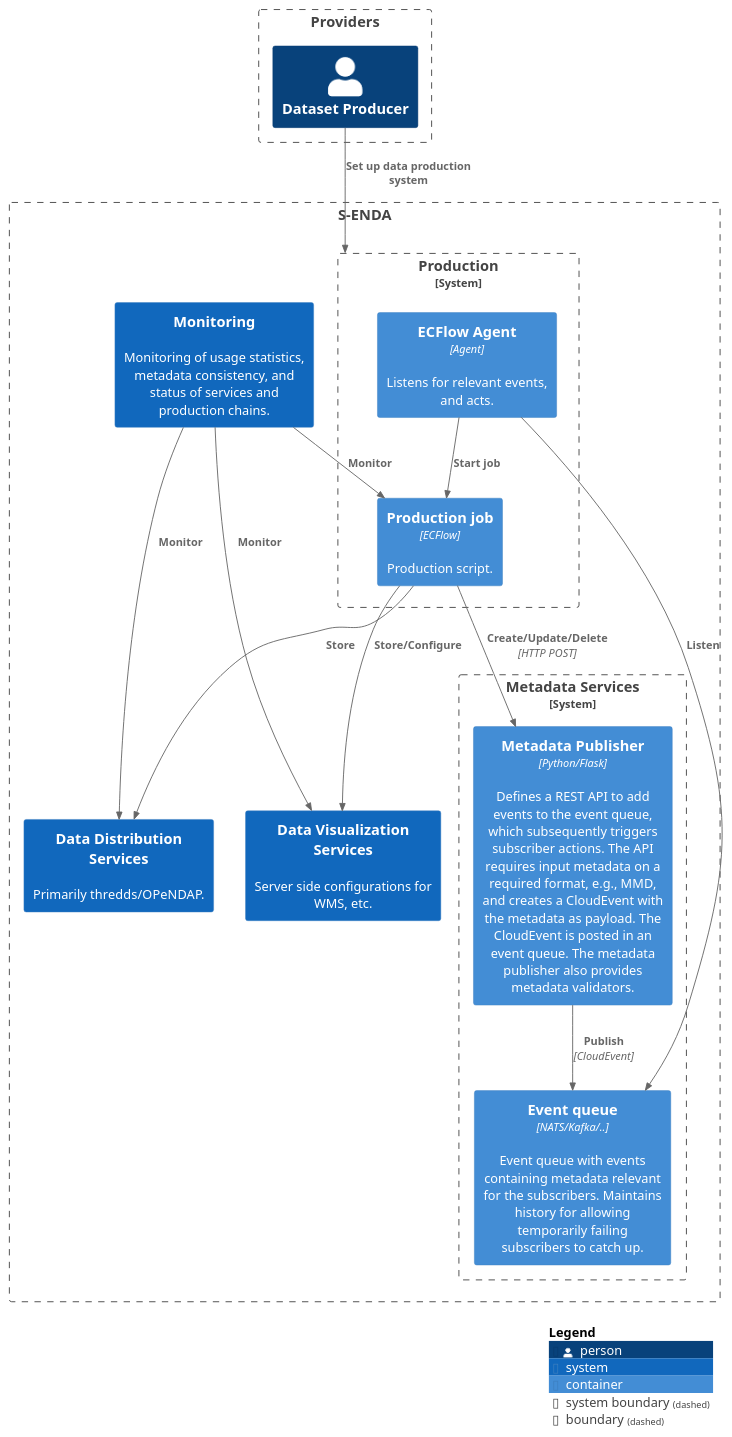
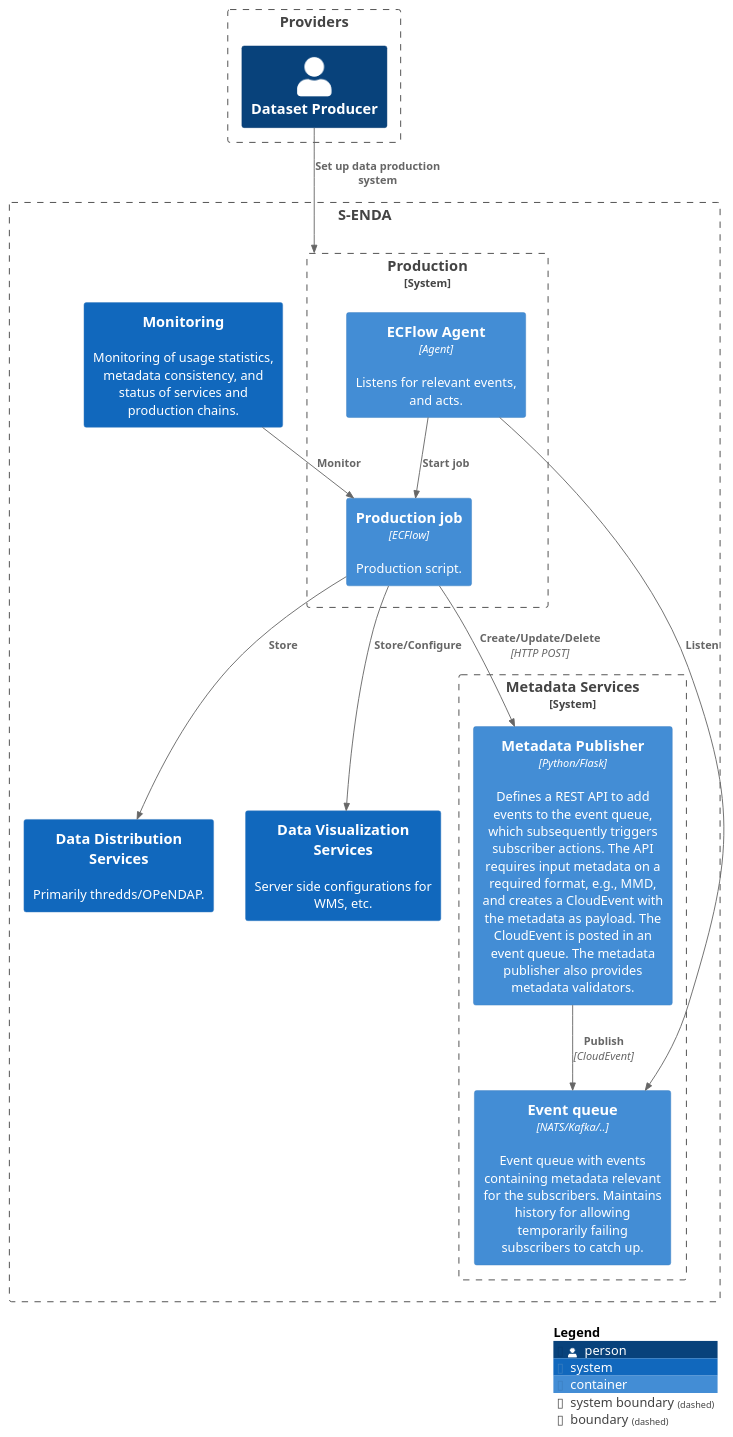
One commit to metno/S-ENDA-documentation changed the diagram in source/puml/architecture/S-ENDA-production-container-diagram.puml. Above: the diagram before and after it, drawn with PlantUML.

Commit message:
#294: minor cleaning

```diff
--- a/source/puml/architecture/S-ENDA-production-container-diagram.puml
+++ b/source/puml/architecture/S-ENDA-production-container-diagram.puml
@@ -1,63 +1,61 @@
 @startuml S-ENDA-production-container-diagram
 !include https://raw.githubusercontent.com/plantuml-stdlib/C4-PlantUML/master/C4_Container.puml
 
 LAYOUT_TOP_DOWN()
 
 Boundary(providers, "Providers") {
     Person(dataprovider, "Dataset Producer")
 }
 
 Boundary(systems, "S-ENDA") {
   System_Boundary(dmservice, "Metadata Services", "Defines a REST API to add events to an event queue, which subsequently triggers subscriber actions. The API requires input metadata on a required format, and provides metadata validators (e.g., for MMD). Also contains various storage and search solutions for discovery metadata."){
     Container(dmci, "Metadata Publisher", "Python/Flask", "Defines a REST API to add events to the event queue, which subsequently triggers subscriber actions. The API requires input metadata on a required format, e.g., MMD, and creates a CloudEvent with the metadata as payload. The CloudEvent is posted in an event queue. The metadata publisher also provides metadata validators.")
 
     Container(queue, "Event queue", "NATS/Kafka/..", "Event queue with events containing metadata relevant for the subscribers. Maintains history for allowing temporarily failing subscribers to catch up.")
 
     Rel(dmci, queue, "Publish", "CloudEvent")
   }
   System(dist_systems, "Data Distribution Services", "Primarily thredds/OPeNDAP.")
   System(vis_systems, "Data Visualization Services", "Server side configurations for WMS, etc.")
   System(monitoring, "Monitoring", "Monitoring of usage statistics, metadata consistency, and status of services and production chains.")
 
   System_Boundary(productionhub, "Production", "Automated system for data production. ECFlow, PPI, SMS, etc."){
     'Container(listen_update, "Update listener", "", "Listens for metadata updates, updates metadata in datafiles on behalf of authenticated user.")
     'Container(listen_delete, "Deletion listener", "", "Listens for metadata, and deletes files on behalf of authenticated user.")
     Container(listen_start, "ECFlow Agent", "Agent", "Listens for relevant events, and acts.")
     Container(job, "Production job", "ECFlow", "Production script.")
     Rel(listen_start, job, "Start job")
   }
 }
 
 'Boundary(consumers, "Data Consumers"){
 '  Person(advanced, "Advanced")
 '  Person(intermediate, "Intermediate")
 '  Person(simple, "Simple")
 '  System_Ext(portals, "Portals", "External portals harvest metadata on various standards")
 '  System_Ext(apps, "Web/mobile apps", "External apps present data in customized ways.")
 '}
 '
 'Rel(consumers, systems, "Search/Harvest", "CSW/OpenSearch/OAI-PMH")
 'Rel(consumers, systems, "Visualize", "e.g., WMS")
 'Rel(consumers, systems, "Stream", "OPeNDAP")
 '
 'Rel(simple, portals, "Search portals", "Web-UI/API")
 'Rel(simple, apps, "Navigates to app", "Web/mobile UI")
 'Rel(intermediate, portals, "Search portals", "Web-UI/API")
 'Rel(advanced, portals, "Search portals", "Web-UI/API")
 
 'Rel(listen_update, dmservice, "Listen update")
 'Rel(listen_delete, dmservice, "Listen delete")
 Rel(listen_start, queue, "Listen")
 
 Rel(dataprovider, productionhub, "Set up data production system")
 Rel(job, vis_systems, "Store/Configure")
 Rel(job, dist_systems, "Store")
 Rel(job, dmci, "Create/Update/Delete", "HTTP POST")
 
-Rel(monitoring, dist_systems, "Monitor")
 Rel(monitoring, job, "Monitor")
-Rel(monitoring, vis_systems, "Monitor")
 
 SHOW_LEGEND()
 
 @enduml
```
